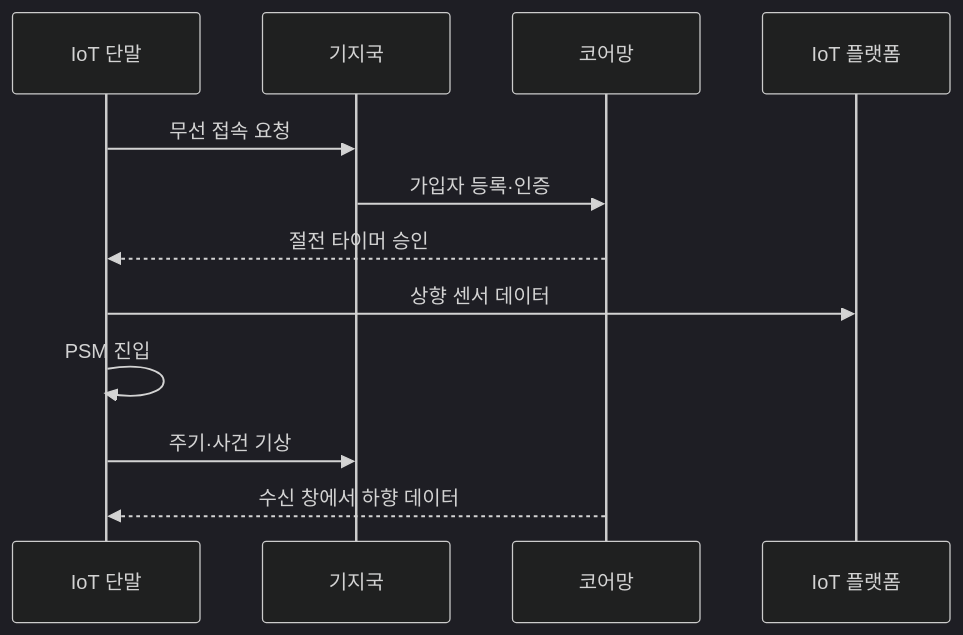
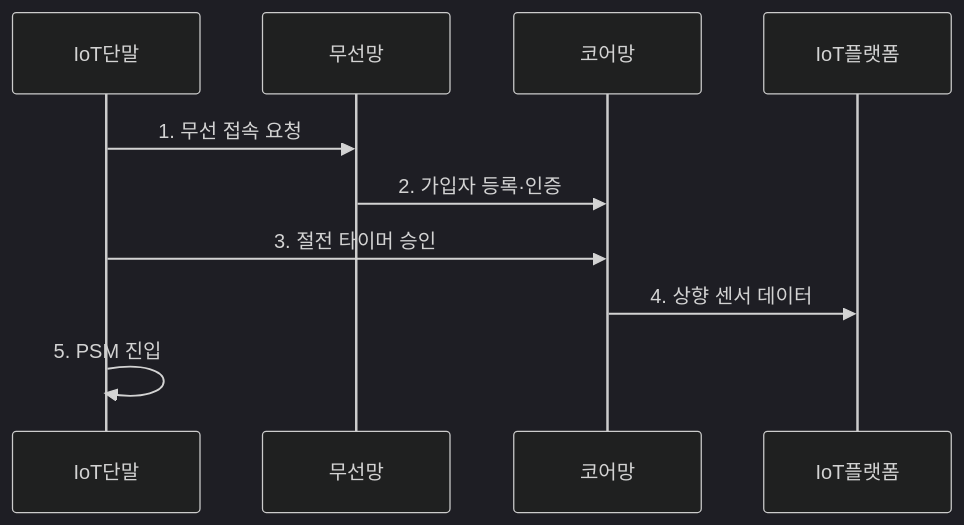
The second of 2 diagrams in src/content/docs/notes/04-network/055_nb_iot_lte_m.md (agnusdei1207/knowledge-base), drawn with Mermaid (dark theme) before and after one commit. The commit also changed other lines of this file and 20 other files, not shown here.

````diff
--- a/src/content/docs/notes/04-network/055_nb_iot_lte_m.md
+++ b/src/content/docs/notes/04-network/055_nb_iot_lte_m.md
@@ -84,14 +81,12 @@
 ```mermaid
 sequenceDiagram
-    participant U as IoT 단말
-    participant R as 기지국
-    participant C as 코어망
-    participant P as IoT 플랫폼
-    U->>R: 무선 접속 요청
-    R->>C: 가입자 등록·인증
-    C-->>U: 절전 타이머 승인
-    U->>P: 상향 센서 데이터
-    U->>U: PSM 진입
-    U->>R: 주기·사건 기상
-    C-->>U: 수신 창에서 하향 데이터
+    participant IoT단말
+    participant 무선망
+    participant 코어망
+    participant IoT플랫폼
+    IoT단말->>무선망: 1. 무선 접속 요청
+    무선망->>코어망: 2. 가입자 등록·인증
+    IoT단말->>코어망: 3. 절전 타이머 승인
+    코어망->>IoT플랫폼: 4. 상향 센서 데이터
+    IoT단말->>IoT단말: 5. PSM 진입
 ```
````
